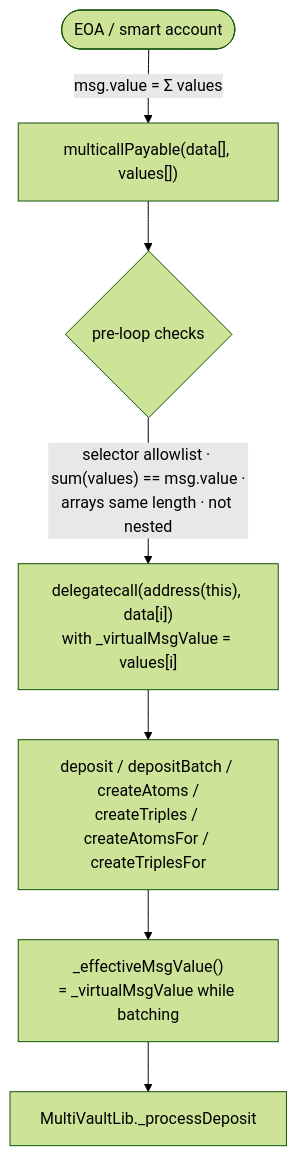
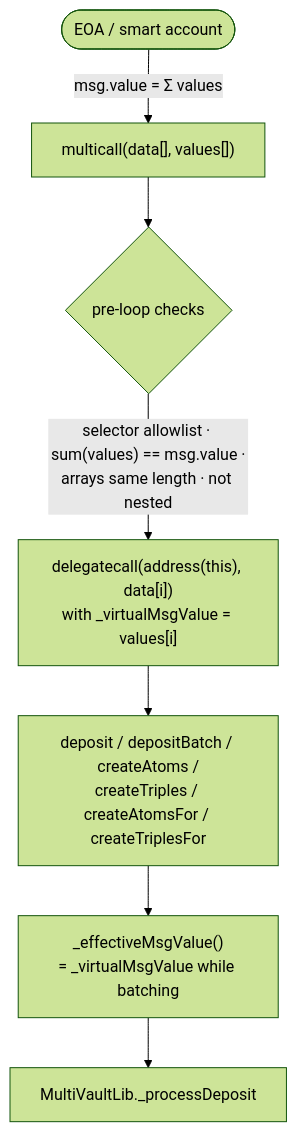
The fourth of 4 diagrams in docs/call-flows/multivault-value-paths.md (0xIntuition/intuition-contracts-v2), drawn with Mermaid (forest theme) before and after one commit. The commit also changed other lines of this file and 2 other files, not shown here.

Commit message:
docs: drop stale multicallPayable references and internal ticket ids from NatSpec

````diff
--- a/docs/call-flows/multivault-value-paths.md
+++ b/docs/call-flows/multivault-value-paths.md
@@ -190,17 +190,17 @@
 ```mermaid
 flowchart TB
   caller(["EOA / smart account"])
-  mcp["multicallPayable(data[], values[])"]
+  mcp["multicall(data[], values[])"]
   guard{"pre-loop checks"}
   disp["delegatecall(address(this), data[i])<br/>with _virtualMsgValue = values[i]"]
   dep["deposit / depositBatch / createAtoms /<br/>createTriples / createAtomsFor / createTriplesFor"]
   eff["_effectiveMsgValue()<br/>= _virtualMsgValue while batching"]
   lib["MultiVaultLib._processDeposit"]
 
   caller -- "msg.value = Σ values" --> mcp
   mcp --> guard
   guard -- "selector allowlist · sum(values) == msg.value ·<br/>arrays same length · not nested" --> disp
   disp --> dep
   dep --> eff
   eff --> lib
 ```
````
